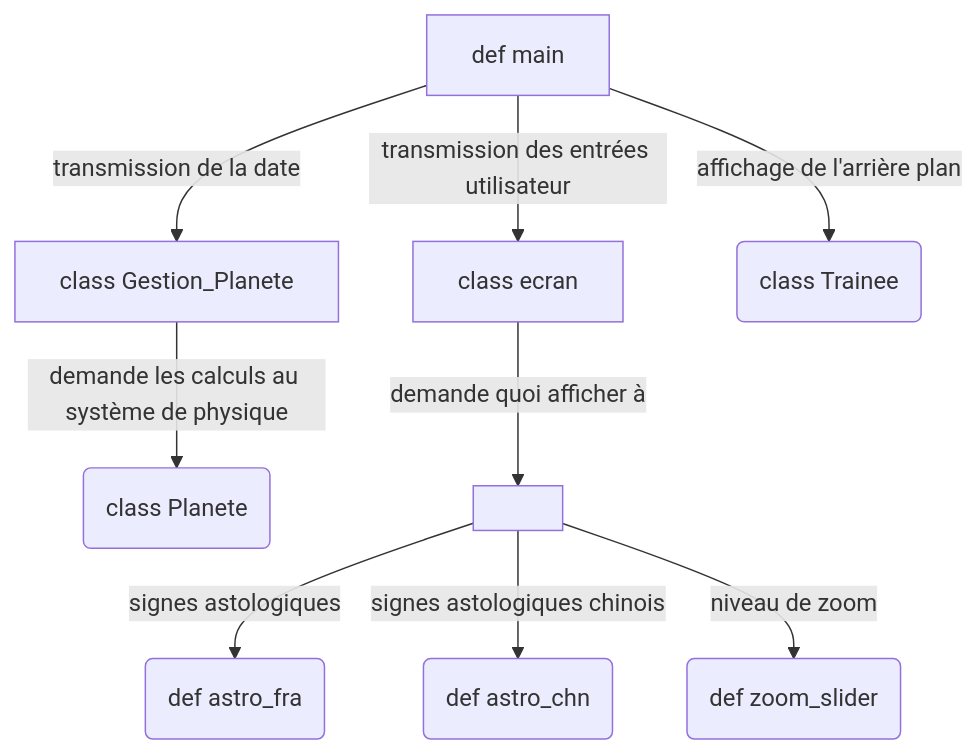
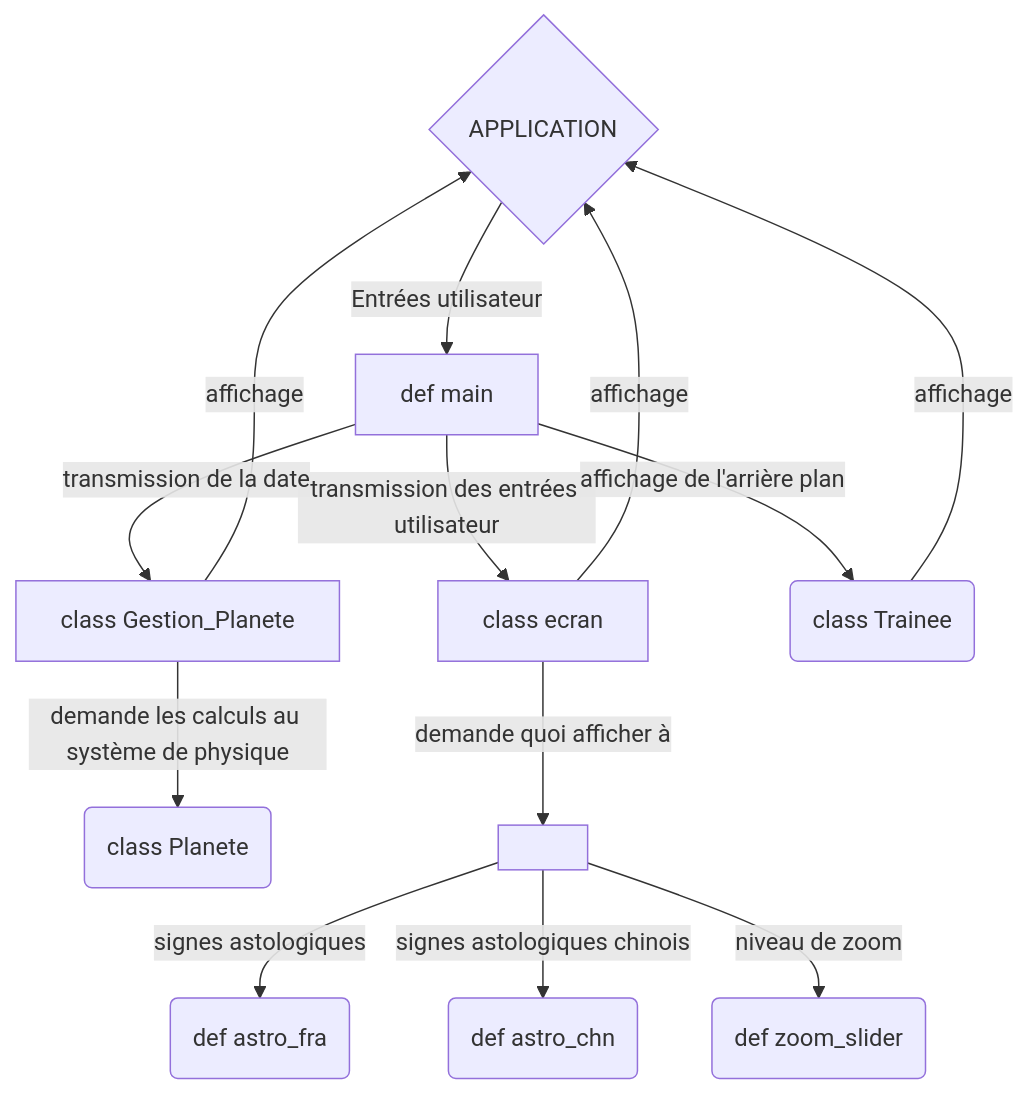
One commit to PaulJeFi/solar-system changed the diagram in README.md. Above: the diagram before and after it, drawn with Mermaid.

````diff
--- a/README.md
+++ b/README.md
@@ -5,11 +5,17 @@
 ```mermaid
 flowchart TD
+    AP{APPLICATION};
     A[def main] -- transmission des entrées utilisateur --> B[class ecran];
     A -- transmission de la date --> C[class Gestion_Planete];
     C -- demande les calculs au système de physique --> D(class Planete);
     B -- demande quoi afficher à --> E[ ];
     E -- signes astologiques --> F(def astro_fra);
     E -- signes astologiques chinois --> G(def astro_chn);
     E -- niveau de zoom --> H(def zoom_slider);
     A -- affichage de l'arrière plan --> I(class Trainee);
+    
+    AP -- Entrées utilisateur --> A;
+    I -- affichage --> AP;
+    C -- affichage --> AP;
+    B -- affichage --> AP;
 ```
````
